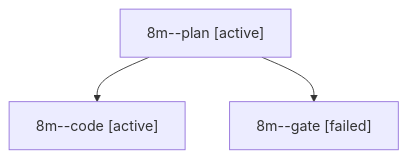
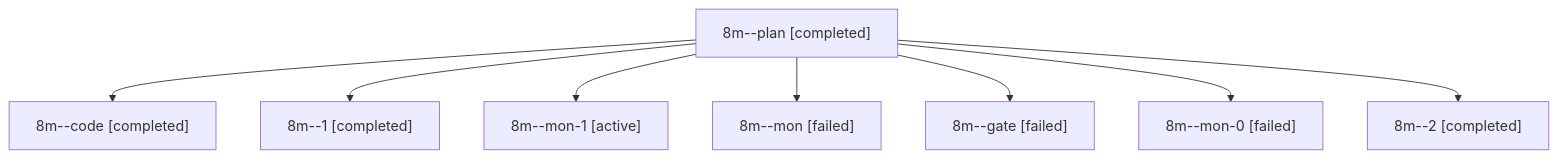
One commit to sase-org/sase--agents changed the diagram in sessions/bbugyi200.apollo.8m.md. Above: the diagram before and after it, drawn with Mermaid. The commit also changed other lines of this file and 2295 other files, not shown here.

````diff
--- a/sessions/bbugyi200.apollo.8m.md
+++ b/sessions/bbugyi200.apollo.8m.md
@@ -9,8 +9,18 @@
 ```mermaid
 flowchart TD
-  n0["8m--plan [active]"]
-  n1["8m--code [active]"]
+  n0["8m--plan [completed]"]
+  n1["8m--code [completed]"]
   n0 --> n1
-  n2["8m--gate [failed]"]
+  n2["8m--1 [completed]"]
   n0 --> n2
+  n3["8m--mon-1 [active]"]
+  n0 --> n3
+  n4["8m--mon [failed]"]
+  n0 --> n4
+  n5["8m--gate [failed]"]
+  n0 --> n5
+  n6["8m--mon-0 [failed]"]
+  n0 --> n6
+  n7["8m--2 [completed]"]
+  n0 --> n7
 ```
````
